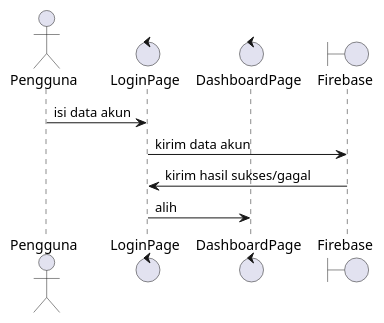
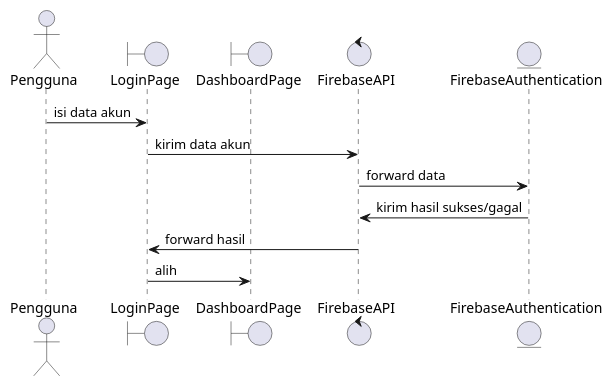
One commit to stnDinus/skpl_apbo_diagrams changed the diagram in signin_seq.puml. Above: the diagram before and after it, drawn with PlantUML. The commit also changed 9 other files, not shown here.

Commit message:
fix: sequence diagram

```diff
--- a/signin_seq.puml
+++ b/signin_seq.puml
@@ -1,11 +1,14 @@
 @startuml
 actor Pengguna
-control LoginPage
-control DashboardPage
-boundary Firebase
+boundary LoginPage
+boundary DashboardPage
+control FirebaseAPI
+entity FirebaseAuthentication
 
 Pengguna -> LoginPage: isi data akun
-LoginPage -> Firebase:  kirim data akun
-Firebase -> LoginPage: kirim hasil sukses/gagal
+LoginPage -> FirebaseAPI:  kirim data akun
+FirebaseAPI -> FirebaseAuthentication: forward data
+FirebaseAPI <- FirebaseAuthentication: kirim hasil sukses/gagal
+FirebaseAPI -> LoginPage: forward hasil
 LoginPage -> DashboardPage: alih
 @enduml
```
